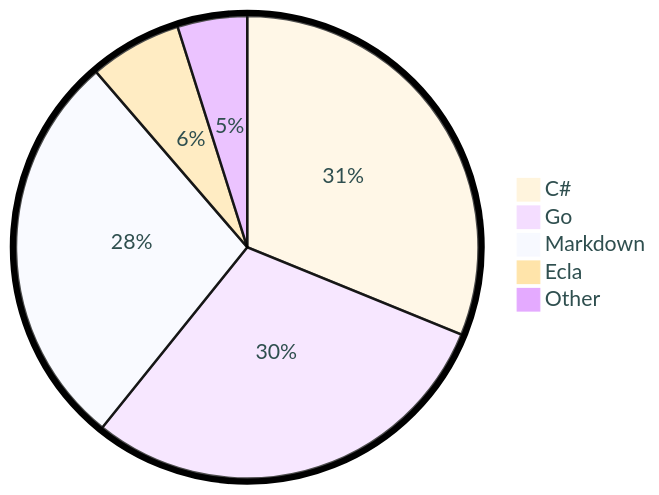
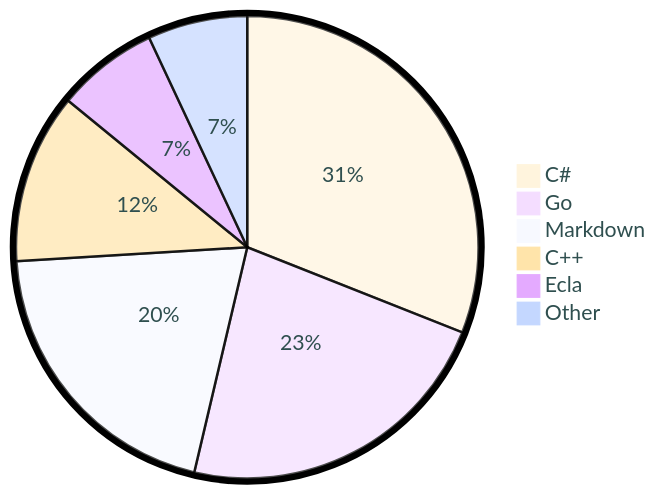
One commit to tot0p/tot0p changed the diagram in README.md. Above: the diagram before and after it, drawn with Mermaid. The commit also changed other lines of this file, not shown here.

````diff
--- a/README.md
+++ b/README.md
@@ -79,9 +79,10 @@
 ```mermaid
 %%{init: {"pie": {"textPosition": 0.5}, "themeVariables": {"pieOuterStrokeWidth": "5px","primaryTextColor" : "#2F4F4F"},"theme":"base"} }%%
 pie
-	"C#": 31.16
-	"Go": 29.62
-	"Markdown": 27.9
-	"Ecla": 6.45
-	"Other": 4.869999999999999
+	"C#": 31.0
+	"Go": 22.68
+	"Markdown": 20.36
+	"C++": 11.88
+	"Ecla": 7.11
+	"Other": 6.97
 ```
````
